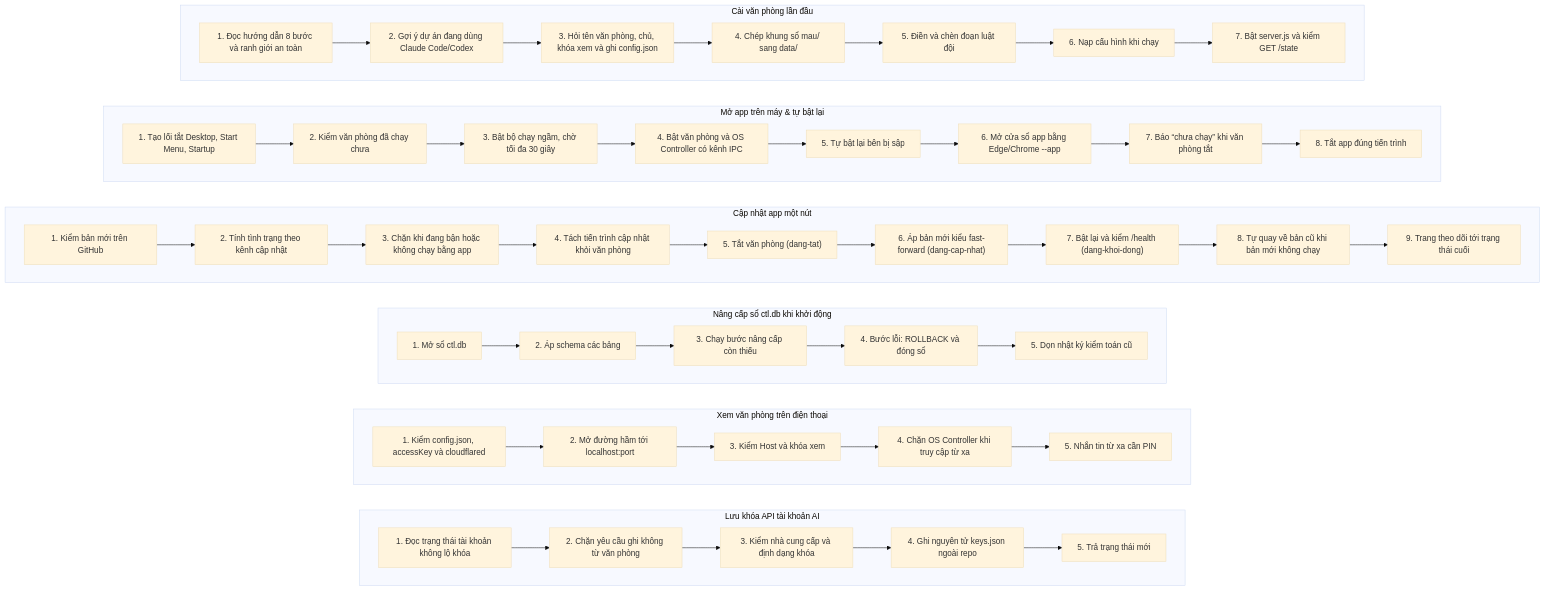
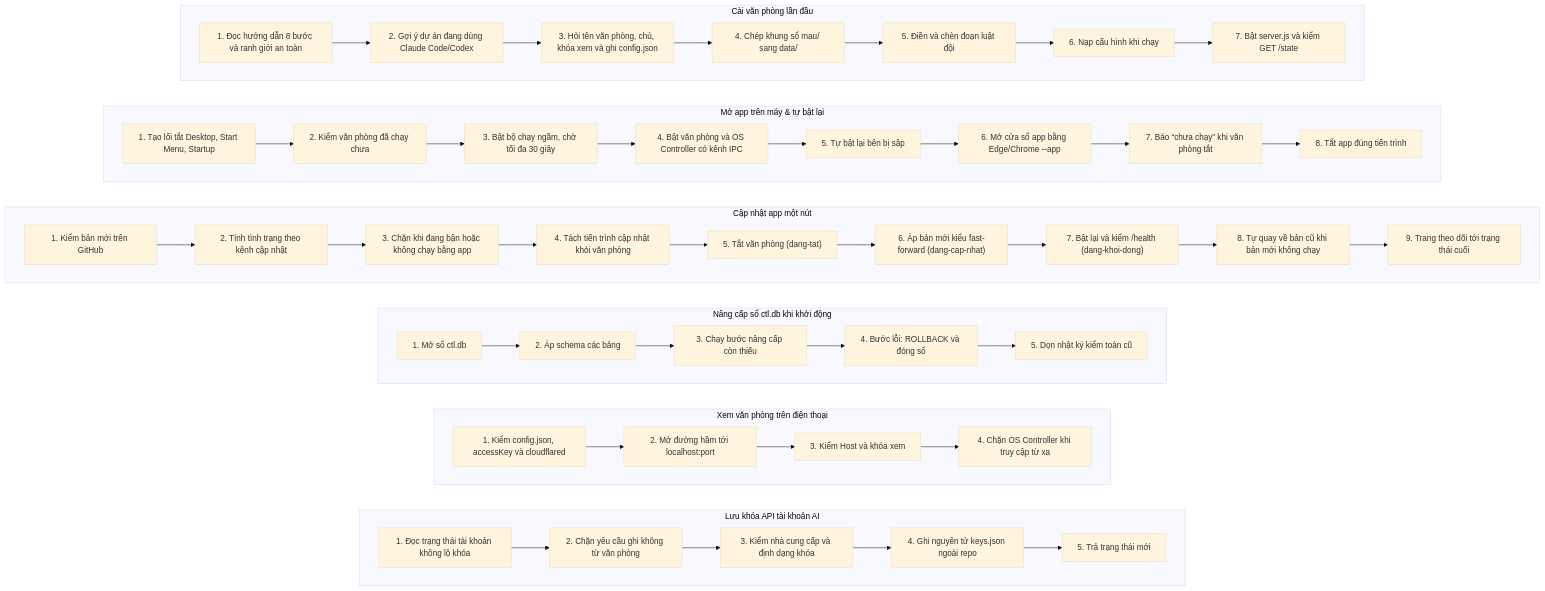
The third of 10 diagrams in docs/BAN-DO-HE-THONG.md (Thequancute215-sys/V-n-ph-ng-ch-nh-ph-), drawn with Mermaid (base theme) before and after one commit. The commit also changed other lines of this file and 15 other files, not shown here.

```diff
--- a/docs/BAN-DO-HE-THONG.md
+++ b/docs/BAN-DO-HE-THONG.md
@@ -171,11 +171,9 @@
     step_xem_dien_thoai_mo_duong_ham["2. Mở đường hầm tới localhost:port"]
     step_xem_dien_thoai_kiem_host["3. Kiểm Host và khóa xem"]
     step_xem_dien_thoai_chan_ctl["4. Chặn OS Controller khi truy cập từ xa"]
-    step_xem_dien_thoai_pin_nhan_tin["5. Nhắn tin từ xa cần PIN"]
     step_xem_dien_thoai_kiem_dieu_kien --> step_xem_dien_thoai_mo_duong_ham
     step_xem_dien_thoai_mo_duong_ham --> step_xem_dien_thoai_kiem_host
     step_xem_dien_thoai_kiem_host --> step_xem_dien_thoai_chan_ctl
-    step_xem_dien_thoai_chan_ctl --> step_xem_dien_thoai_pin_nhan_tin
   end
   subgraph flow_luu_khoa_tai_khoan["Lưu khóa API tài khoản AI"]
     direction LR
```
